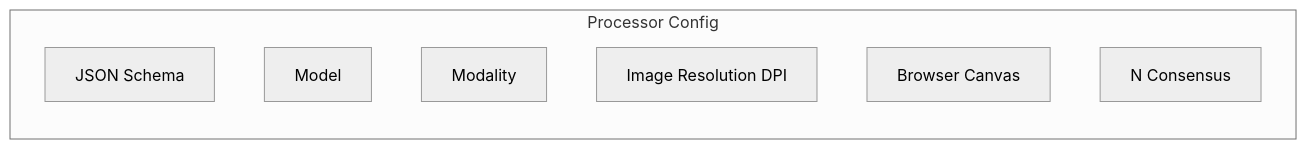
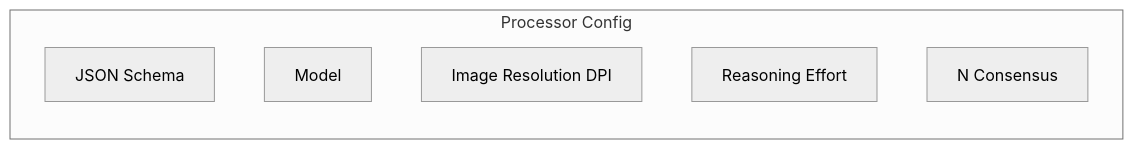
The diagram in core-concepts/Processors.mdx (retab-dev/docs), drawn with Mermaid (neutral theme) before and after one commit. The commit also changed other lines of this file and 84 other files, not shown here.

````diff
--- a/core-concepts/Processors.mdx
+++ b/core-concepts/Processors.mdx
@@ -3,11 +3,10 @@
 ```mermaid
 graph BT
     subgraph PS["Processor Config"]
         JS["JSON Schema"]
         M["Model"]
-        MOD["Modality"]
         DPI["Image Resolution DPI"]
-        BC["Browser Canvas"]
+        RE["Reasoning Effort"]
         NC["N Consensus"]
     end
 ```
````
